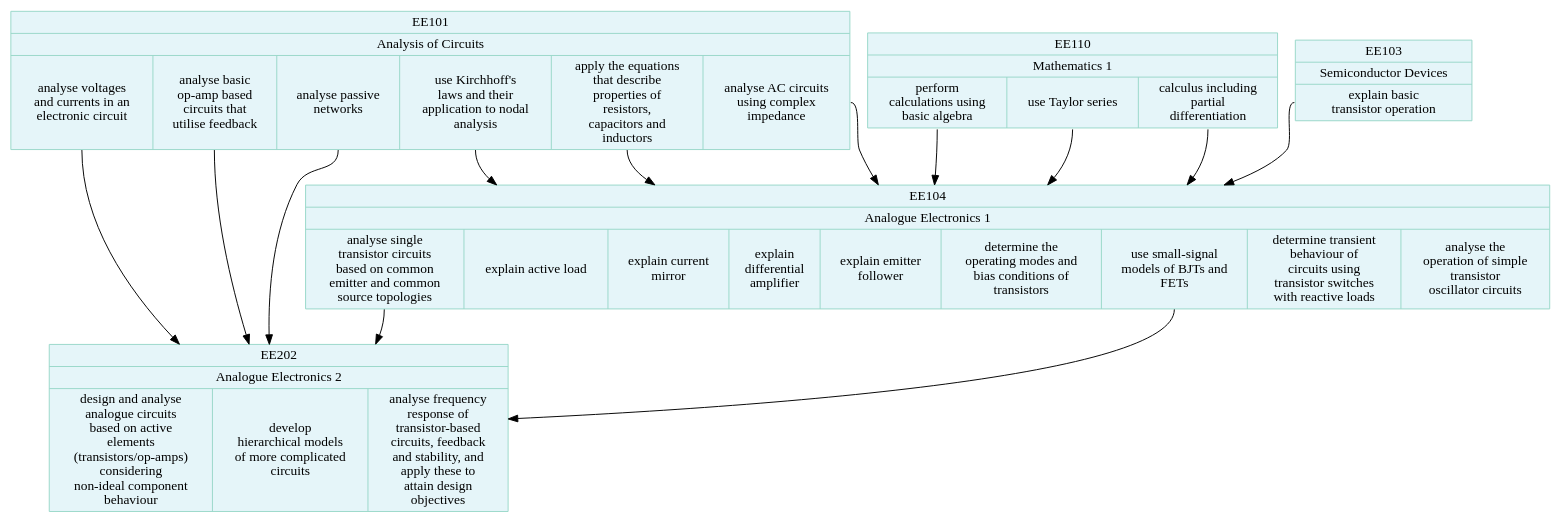
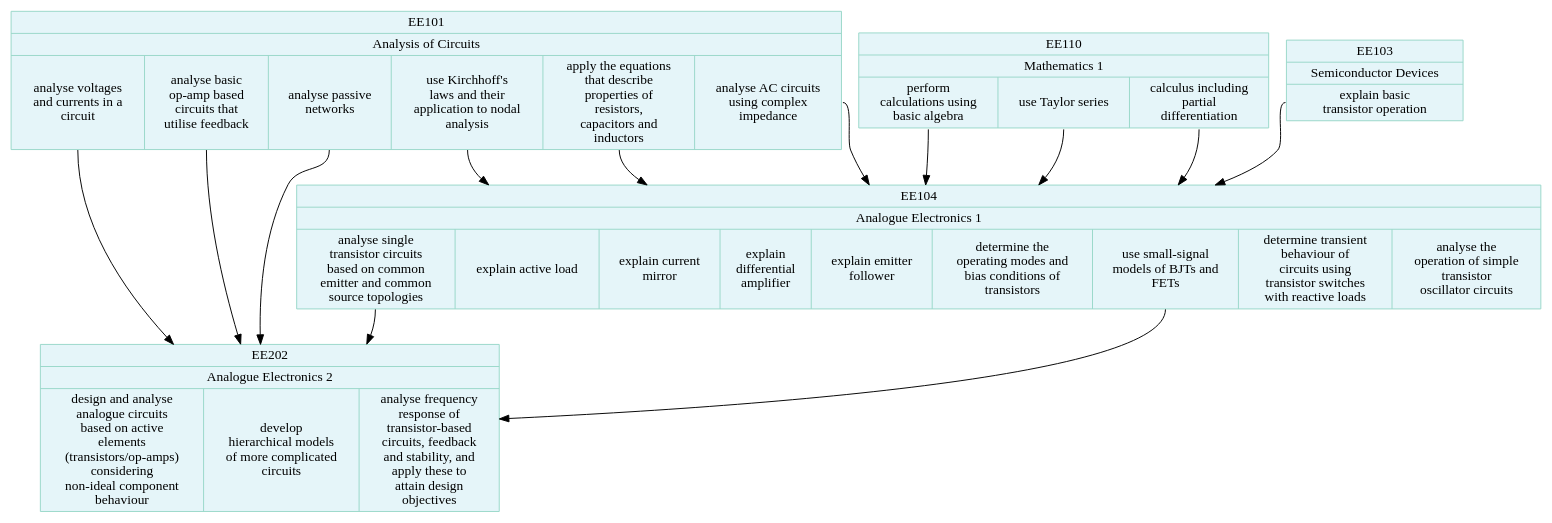
One commit to johnwickerson/ee_modules changed the diagram in modules.dot. Above: the diagram before and after it, drawn with Graphviz. The commit also changed 1 other file, not shown here.

```diff
--- a/modules.dot
+++ b/modules.dot
@@ -1,54 +1,54 @@
 // This is an auto-generated file. Don't edit this file; edit `modules.yml` instead.
 
 digraph {
   node[shape=record, style="filled"];
   node[color="#99d8c9", fillcolor="#e5f5f9"];
   EE101 [label="{EE101 | Analysis of Circuits | {
-    <1>analyse voltages\nand currents in an\nelectronic circuit |
+    <1>analyse voltages\nand currents in a\ncircuit |
     <2>analyse basic\nop-amp based\ncircuits that\nutilise feedback |
     <3>analyse passive\nnetworks |
     <4>use Kirchhoff's\nlaws and their\napplication to nodal\nanalysis |
     <5>apply the equations\nthat describe\nproperties of\nresistors,\ncapacitors and\ninductors |
     <6>analyse AC circuits\nusing complex\nimpedance
   }}"];
 
   EE110 [label="{EE110 | Mathematics 1 | {
     <1>perform\ncalculations using\nbasic algebra |
     <2>use Taylor series |
     <3>calculus including\npartial\ndifferentiation
   }}"];
 
   EE103 [label="{EE103 | Semiconductor Devices | {
     <1>explain basic\ntransistor operation
   }}"];
 
   EE104 [label="{EE104 | Analogue Electronics 1 | {
     <1>analyse single\ntransistor circuits\nbased on common\nemitter and common\nsource topologies |
     <2>explain active load |
     <3>explain current\nmirror |
     <4>explain\ndifferential\namplifier |
     <5>explain emitter\nfollower |
     <6>determine the\noperating modes and\nbias conditions of\ntransistors |
     <7>use small-signal\nmodels of BJTs and\nFETs |
     <8>determine transient\nbehaviour of\ncircuits using\ntransistor switches\nwith reactive loads |
     <9>analyse the\noperation of simple\ntransistor\noscillator circuits
   }}"];
   EE101:4 -> EE104;
   EE101:5 -> EE104;
   EE101:6 -> EE104;
   EE110:1 -> EE104;
   EE110:2 -> EE104;
   EE110:3 -> EE104;
   EE103:1 -> EE104;
 
   EE202 [label="{EE202 | Analogue Electronics 2 | {
     <1>design and analyse\nanalogue circuits\nbased on active\nelements\n(transistors/op-amps)\nconsidering\nnon-ideal component\nbehaviour |
     <2>develop\nhierarchical models\nof more complicated\ncircuits |
     <3>analyse frequency\nresponse of\ntransistor-based\ncircuits, feedback\nand stability, and\napply these to\nattain design\nobjectives
   }}"];
   EE101:1 -> EE202;
   EE101:2 -> EE202;
   EE101:3 -> EE202;
   EE104:1 -> EE202;
   EE104:7 -> EE202;
 }
```
